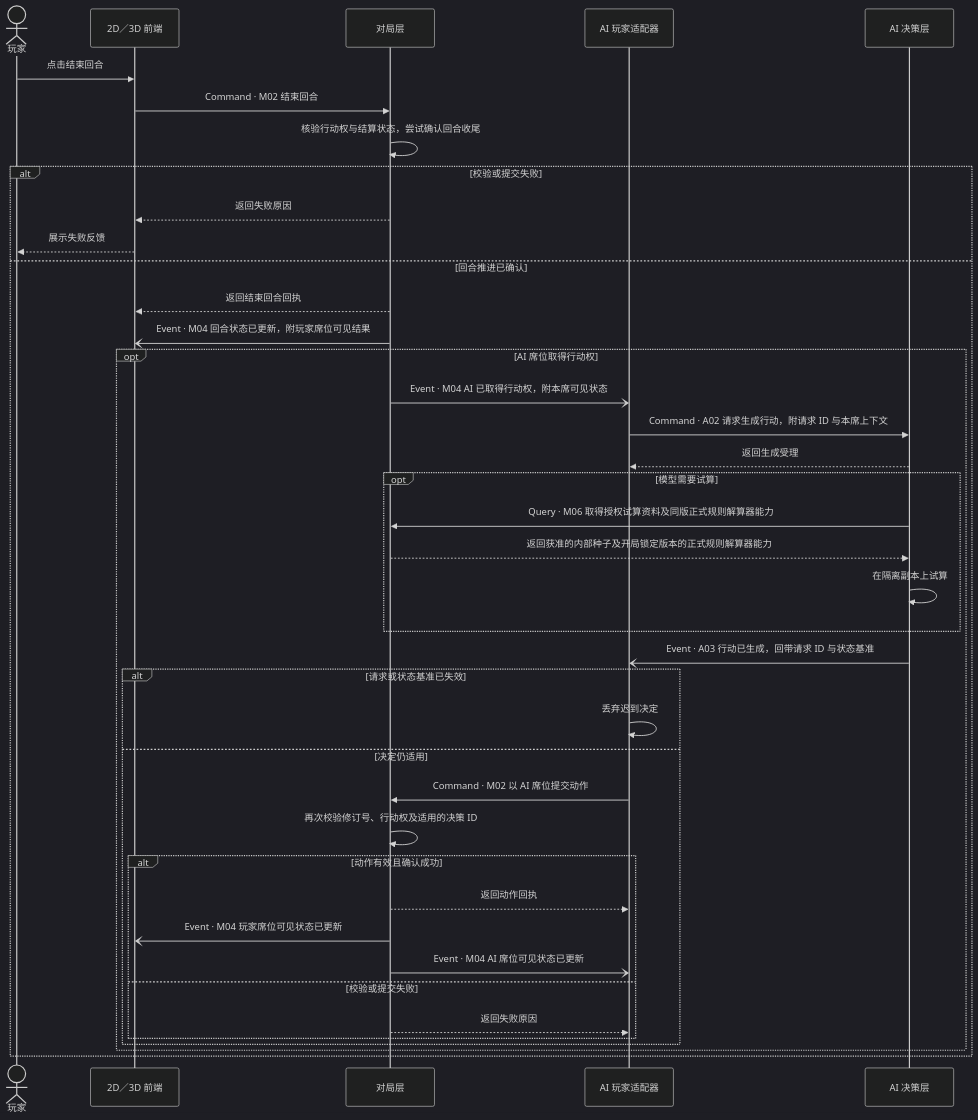
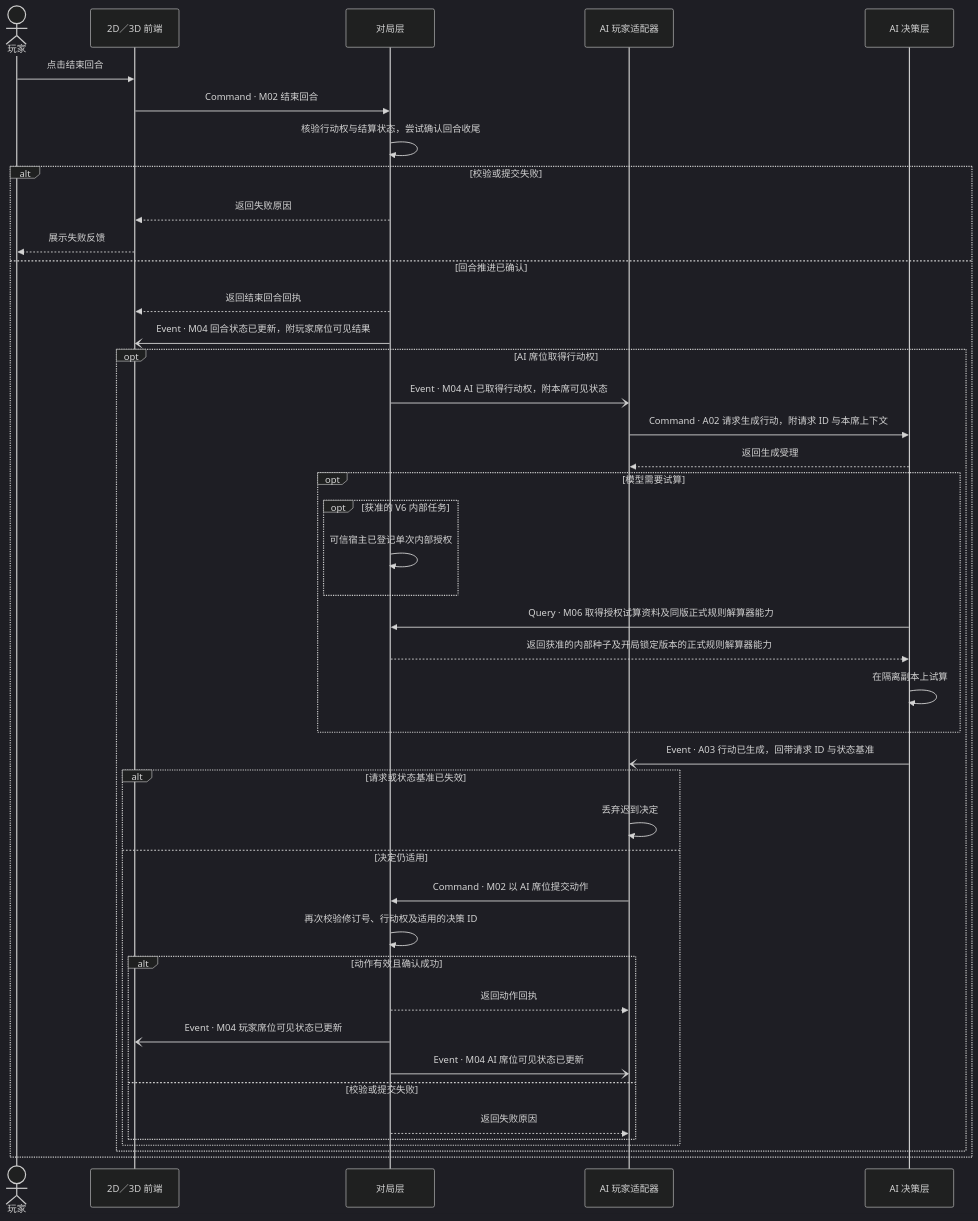
The eighth of 12 diagrams in specs/001-offline-game-refactor/contracts/scenario-sequences.md (jigejiqiangshou/Critical-Provisional), drawn with Mermaid (dark theme) before and after one commit. The commit also changed other lines of this file and 9 other files, not shown here.

````diff
--- a/specs/001-offline-game-refactor/contracts/scenario-sequences.md
+++ b/specs/001-offline-game-refactor/contracts/scenario-sequences.md
@@ -289,43 +293,46 @@
 ```mermaid
 sequenceDiagram
     actor P as 玩家
     participant F as 2D／3D 前端
     participant G as 对局层
     participant A as AI 玩家适配器
     participant M as AI 决策层
 
     P->>F: 点击结束回合
     F->>G: Command · M02 结束回合
     G->>G: 核验行动权与结算状态，尝试确认回合收尾
     alt 校验或提交失败
         G-->>F: 返回失败原因
         F-->>P: 展示失败反馈
     else 回合推进已确认
         G-->>F: 返回结束回合回执
         G-)F: Event · M04 回合状态已更新，附玩家席位可见结果
         opt AI 席位取得行动权
             G-)A: Event · M04 AI 已取得行动权，附本席可见状态
             A->>M: Command · A02 请求生成行动，附请求 ID 与本席上下文
             M-->>A: 返回生成受理
             opt 模型需要试算
+                opt 获准的 V6 内部任务
+                    G->>G: 可信宿主已登记单次内部授权
+                end
                 M->>G: Query · M06 取得授权试算资料及同版正式规则解算器能力
                 G-->>M: 返回获准的内部种子及开局锁定版本的正式规则解算器能力
                 M->>M: 在隔离副本上试算
             end
             M-)A: Event · A03 行动已生成，回带请求 ID 与状态基准
             alt 请求或状态基准已失效
                 A->>A: 丢弃迟到决定
             else 决定仍适用
                 A->>G: Command · M02 以 AI 席位提交动作
                 G->>G: 再次校验修订号、行动权及适用的决策 ID
                 alt 动作有效且确认成功
                     G-->>A: 返回动作回执
                     G-)F: Event · M04 玩家席位可见状态已更新
                     G-)A: Event · M04 AI 席位可见状态已更新
                 else 校验或提交失败
                     G-->>A: 返回失败原因
                 end
             end
         end
     end
 ```
````
